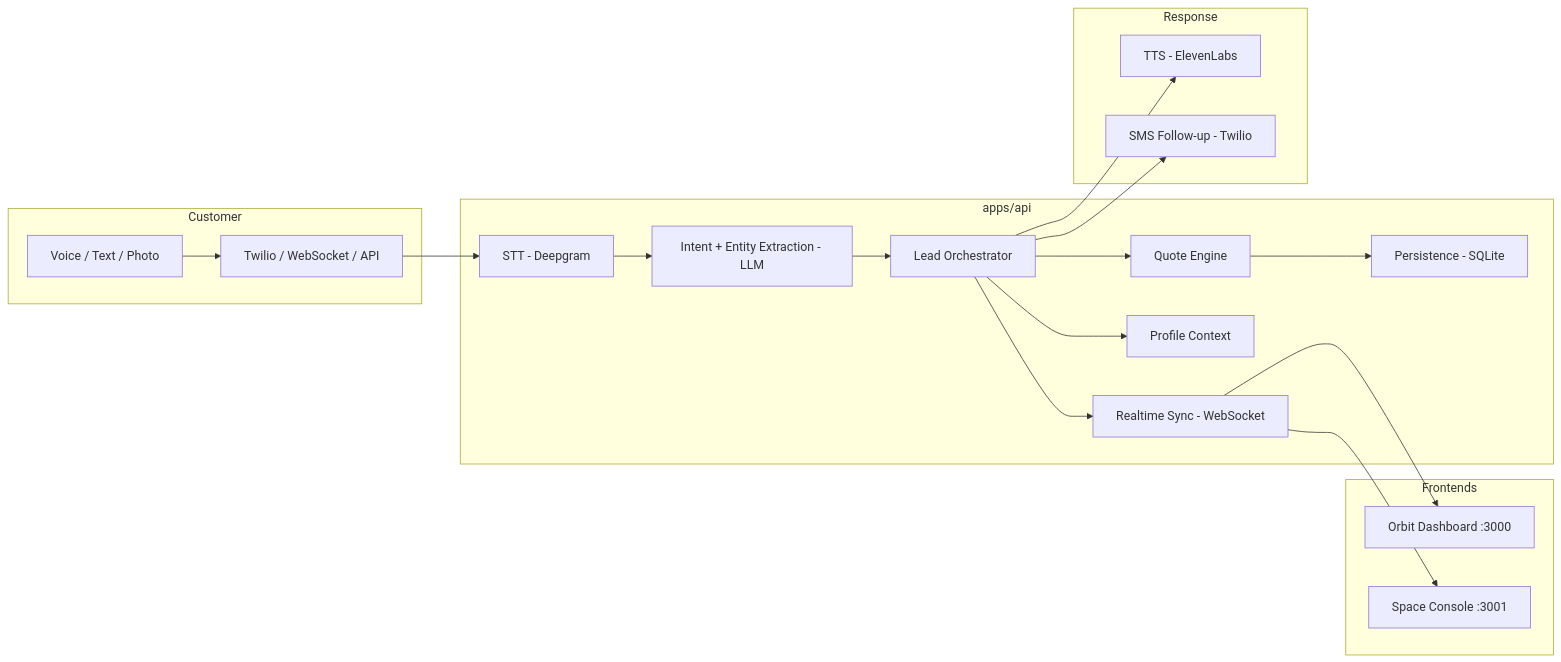
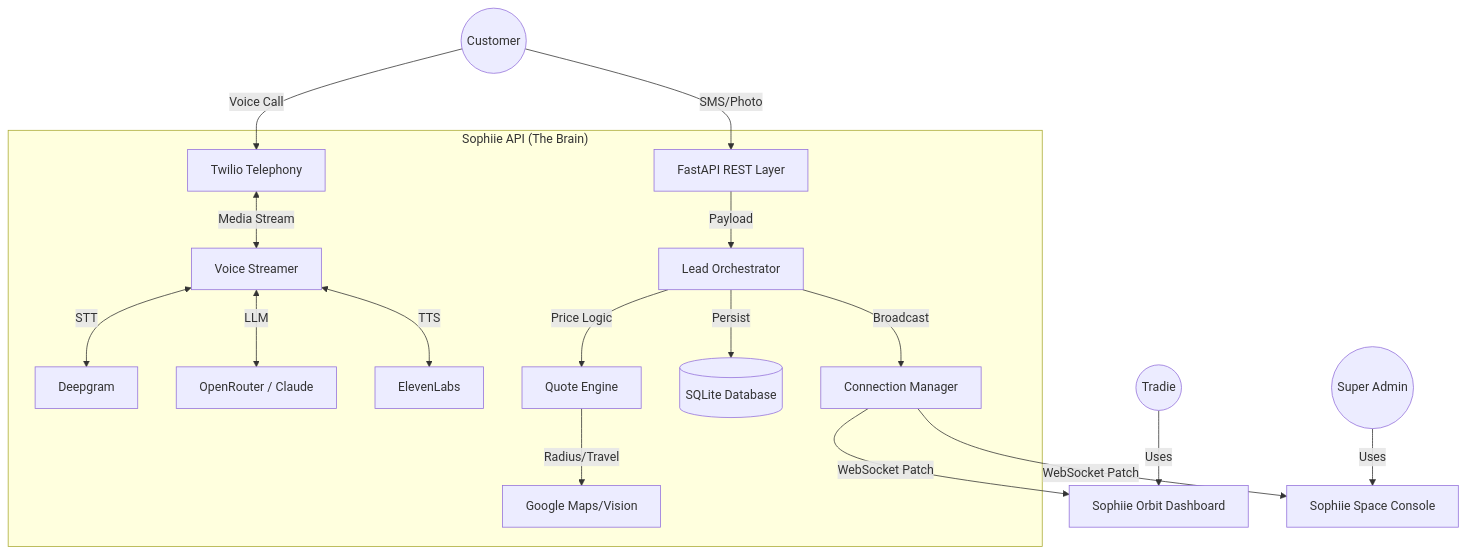
One commit to rgcsekaraa/hackathon changed the first of 2 diagrams in README.md. Above: the diagram before and after it, drawn with Mermaid. The commit also changed other lines of this file, not shown here.

Commit message:
docs: overhaul README with architecture and scenario diagrams

````diff
--- a/README.md
+++ b/README.md
@@ -43,26 +34,37 @@
 ```mermaid
-flowchart LR
-    subgraph Customer
-        A[Voice / Text / Photo] --> B[Twilio / WebSocket / API]
+graph TD
+    %% Users
+    Customer((Customer))
+    Tradie((Tradie))
+    Admin((Super Admin))
+
+    %% Frontends
+    Tradie -->|Uses| Orbit[Sophiie Orbit Dashboard]
+    Admin -->|Uses| Space[Sophiie Space Console]
+    
+    %% Ingress
+    Customer -->|Voice Call| Twilio[Twilio Telephony]
+    Customer -->|SMS/Photo| REST[FastAPI REST Layer]
+
+    subgraph "Sophiie API (The Brain)"
+        Twilio <-->|Media Stream| VS[Voice Streamer]
+        REST -->|Payload| LO[Lead Orchestrator]
+        
+        %% Pipeline
+        VS <-->|STT| DG[Deepgram]
+        VS <-->|LLM| LLM[OpenRouter / Claude]
+        VS <-->|TTS| EL[ElevenLabs]
+
+        %% Logic
+        LO -->|Price Logic| Pricing[Quote Engine]
+        Pricing -->|Radius/Travel| G[Google Maps/Vision]
+        
+        %% Database & Sync
+        LO -->|Persist| DB[(SQLite Database)]
+        LO -->|Broadcast| Conn[Connection Manager]
     end
 
-    subgraph Backend ["apps/api"]
-        B --> C[STT - Deepgram]
-        C --> D[Intent + Entity Extraction - LLM]
-        D --> E[Lead Orchestrator]
-        E --> F[Quote Engine]
-        E --> G[Profile Context]
-        F --> H[Persistence - SQLite]
-        E --> I[Realtime Sync - WebSocket]
-    end
-
-    subgraph Frontends
-        I --> J[Orbit Dashboard :3000]
-        I --> K[Space Console :3001]
-    end
-
-    subgraph Response
-        E --> L[TTS - ElevenLabs]
-        E --> M[SMS Follow-up - Twilio]
-    end
+    %% Realtime Push
+    Conn -->|WebSocket Patch| Orbit
+    Conn -->|WebSocket Patch| Space
 ```
````
